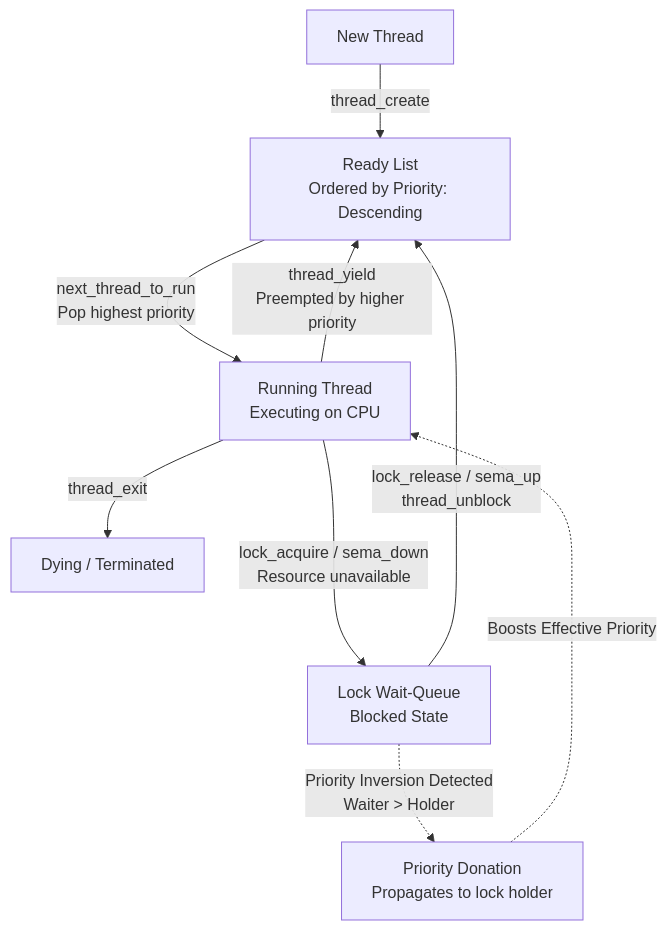
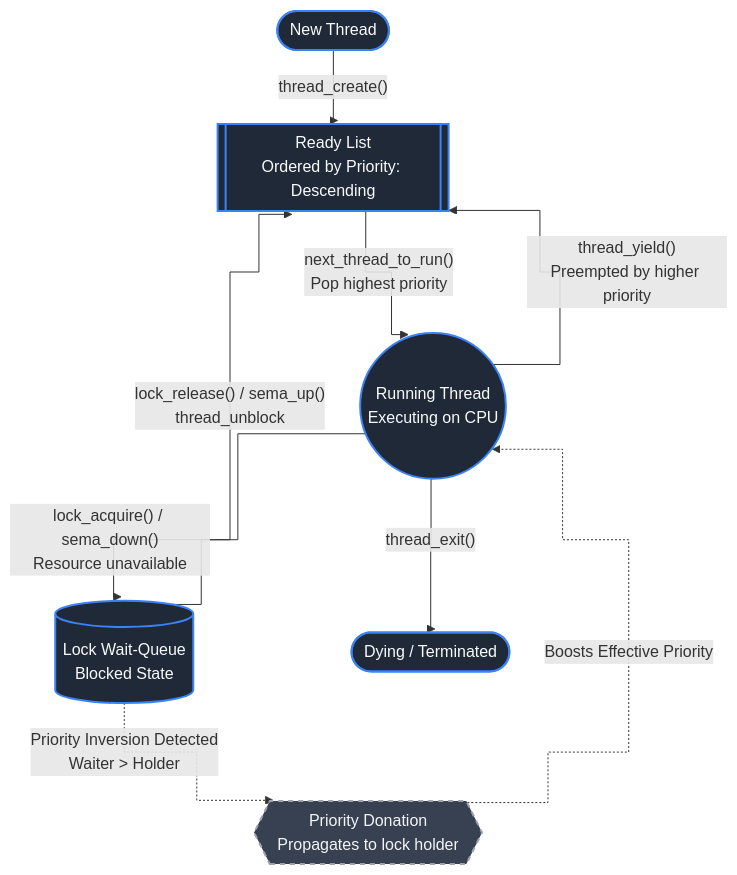
One commit to MayurRajeshKeni/pintos-priority-scheduler changed the diagram in README.md. Above: the diagram before and after it, drawn with Mermaid.

Commit message:
docs: modernize architecture diagram with stepped curves and custom styling

````diff
--- a/README.md
+++ b/README.md
@@ -13,14 +13,29 @@
 ```mermaid
-graph TD
-    New[New Thread] -->|thread_create| Ready[Ready List<br/>Ordered by Priority: Descending]
+%%{init: {"flowchart": {"curve": "step"}}}%%
+flowchart TD
+    %% Custom Styles
+    classDef default fill:#1f2937,stroke:#3b82f6,stroke-width:2px,color:#f9fafb;
+    classDef special fill:#374151,stroke:#9ca3af,stroke-width:2px,color:#f3f4f6,stroke-dasharray: 5 5;
+
+    %% Nodes with distinct shapes
+    New([New Thread])
+    Ready[[Ready List<br/>Ordered by Priority: Descending]]
+    Running((Running Thread<br/>Executing on CPU))
+    Blocked[(Lock Wait-Queue<br/>Blocked State)]
+    Dead([Dying / Terminated])
+    Donation{{Priority Donation<br/>Propagates to lock holder}}:::special
+
+    %% Execution Flow
+    New -- "thread_create()" --> Ready
+    Ready -- "next_thread_to_run()<br/>Pop highest priority" --> Running
+    Running -- "thread_yield()<br/>Preempted by higher priority" --> Ready
+    Running -- "thread_exit()" --> Dead
     
-    Ready -->|next_thread_to_run<br/>Pop highest priority| Running[Running Thread<br/>Executing on CPU]
-    Running -->|thread_yield<br/>Preempted by higher priority| Ready
-    Running -->|thread_exit| Dead[Dying / Terminated]
+    %% Synchronization Flow
+    Running -- "lock_acquire() / sema_down()<br/>Resource unavailable" --> Blocked
+    Blocked -- "lock_release() / sema_up()<br/>thread_unblock" --> Ready
     
-    Running --->|lock_acquire / sema_down<br/>Resource unavailable| Blocked[Lock Wait-Queue<br/>Blocked State]
-    Blocked --->|lock_release / sema_up<br/>thread_unblock| Ready
-    
-    Blocked -.->|Priority Inversion Detected<br/>Waiter > Holder| Donation[Priority Donation<br/>Propagates to lock holder]
-    Donation -.->|Boosts Effective Priority| Running
+    %% Priority Donation Flow
+    Blocked -. "Priority Inversion Detected<br/>Waiter > Holder" .-> Donation
+    Donation -. "Boosts Effective Priority" .-> Running
 ```
````
